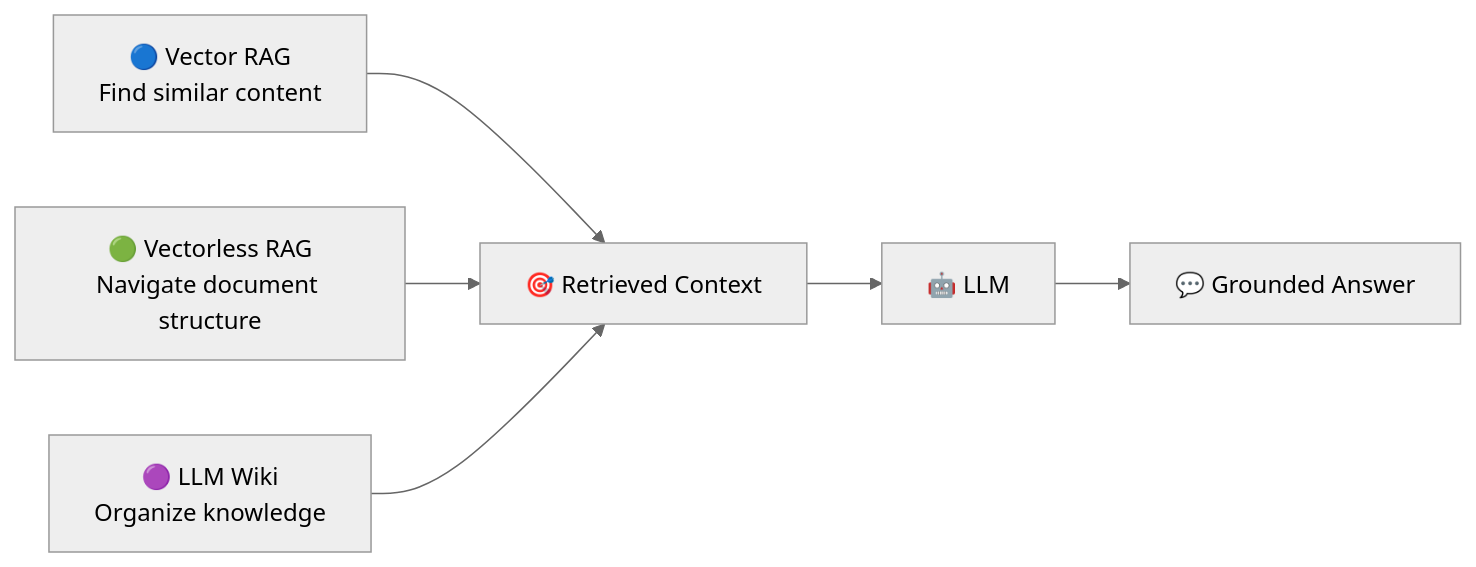
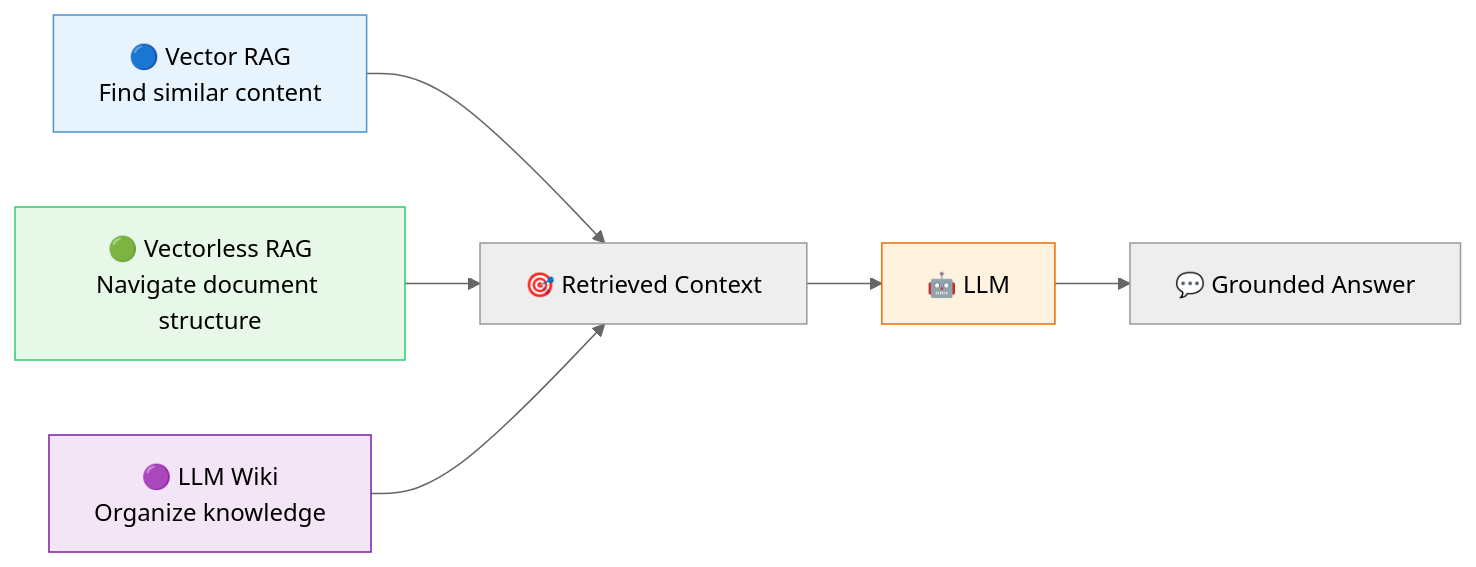
Before and after one commit to Amie-dev/FDE-and-GenAI-Mastery: diagram 16 of 16 in Lecture 18 - Vectorless RAG and LLM Wiki/notes/Lecture_18_Complete_Notes.md, drawn with Mermaid (neutral theme). The commit also changed other lines of this file and 6 other files, not shown here.

````diff
--- a/Lecture 18 - Vectorless RAG and LLM Wiki/notes/Lecture_18_Complete_Notes.md
+++ b/Lecture 18 - Vectorless RAG and LLM Wiki/notes/Lecture_18_Complete_Notes.md
@@ -708,11 +673,15 @@
 ```mermaid
 flowchart LR
     V["🔵 Vector RAG<br/>Find similar content"]
     T["🟢 Vectorless RAG<br/>Navigate document structure"]
     W["🟣 LLM Wiki<br/>Organize knowledge"]
     V --> R["🎯 Retrieved Context"]
     T --> R
     W --> R
     R --> LLM["🤖 LLM"]
     LLM --> A["💬 Grounded Answer"]
+    style V fill:#e8f4fd,stroke:#4a90d2
+    style T fill:#e8f8e8,stroke:#2ecc71
+    style W fill:#f3e5f5,stroke:#7b1fa2
+    style LLM fill:#fff3e0,stroke:#ef6c00
 ```
````
